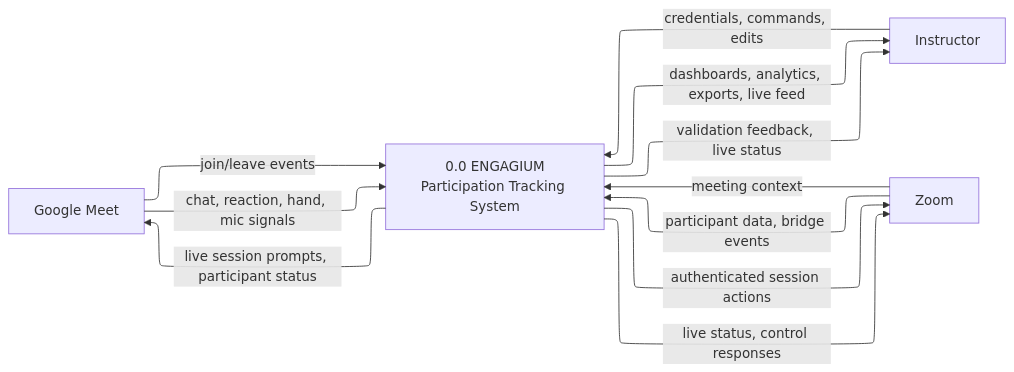
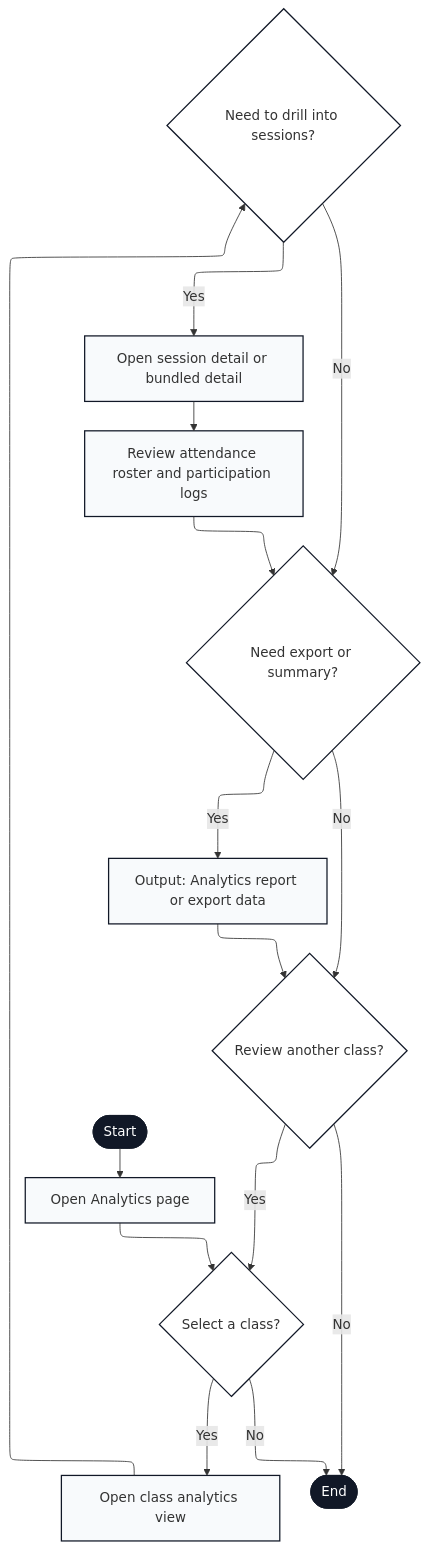
Before and after one commit to Rich-SCC/engagium_v0.2: the tenth of 17 diagrams in __documentation/_for thesis/appendix/appendices_diagrams_mermaid.md, drawn with Mermaid. The commit also changed other lines of this file and 13 other files, not shown here.

Commit message:
v1.15.2 diagrams docs fix

````diff
--- a/__documentation/_for thesis/appendix/appendices_diagrams_mermaid.md
+++ b/__documentation/_for thesis/appendix/appendices_diagrams_mermaid.md
@@ -11,19 +589,33 @@
 ```mermaid
 ---
 config:
   layout: elk
 ---
-flowchart LR
-    INS["Instructor"] -- credentials, commands, edits --> P0["0.0 ENGAGIUM\nParticipation Tracking System"]
-    P0 -- dashboards, analytics, exports, live feed --> INS
-    P0 -- validation feedback, live status --> INS
+flowchart TB
+    Start(["Start"]) --> AnalyticsPage["Open Analytics page"]
+    AnalyticsPage --> SelectClass{"Select a class?"}
 
-    GME["Google Meet"] -- join/leave events --> P0
-    GME -- chat, reaction, hand, mic signals --> P0
-    P0 -- live session prompts, participant status --> GME
+    SelectClass -- Yes --> ClassAnalytics["Open class analytics view"]
+    ClassAnalytics --> NeedDrillDown{"Need to drill into sessions?"}
+    NeedDrillDown -- Yes --> SessionReview["Open session detail or bundled detail"]
+    NeedDrillDown -- No --> NeedExport{"Need export or summary?"}
 
-    ZOOM["Zoom"] -- meeting context --> P0
-    ZOOM -- participant data, bridge events --> P0
-    P0 -- authenticated session actions --> ZOOM
-    P0 -- live status, control responses --> ZOOM
+    SelectClass -- No --> End(["End"])
+
+    SessionReview --> ReviewLogs["Review attendance roster and participation logs"]
+    ReviewLogs --> NeedExport
+    NeedExport -- Yes --> ExportDocs["Output: Analytics report or export data"]
+    NeedExport -- No --> NeedAnotherClass{"Review another class?"}
+    ExportDocs --> NeedAnotherClass
+
+    NeedAnotherClass -- Yes --> SelectClass
+    NeedAnotherClass -- No --> End
+
+    classDef io fill:#f8fafc,stroke:#111827,stroke-width:1.5px;
+    classDef decision fill:#ffffff,stroke:#111827,stroke-width:1.5px;
+    classDef terminal fill:#111827,stroke:#111827,color:#ffffff;
+
+    class AnalyticsPage,ClassAnalytics,SessionReview,ReviewLogs,ExportDocs io;
+    class SelectClass,NeedDrillDown,NeedExport,NeedAnotherClass decision;
+    class Start,End terminal;
 ```
````
